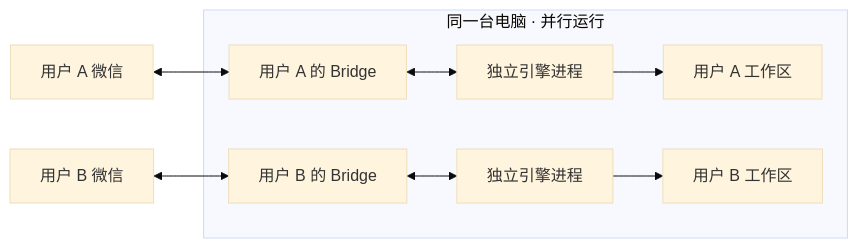
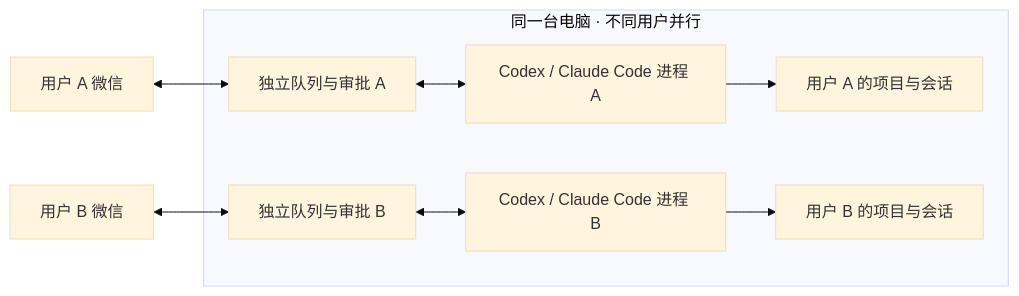
Before and after one commit to zhouqise/wechat-agent-bridge: the diagram in README.md, drawn with Mermaid (base theme). The commit also changed other lines of this file, not shown here.

````diff
--- a/README.md
+++ b/README.md
@@ -172,11 +211,11 @@
 ```mermaid
 flowchart LR
-    subgraph H[同一台电脑 · 并行运行]
-      B1[用户 A 的 Bridge] <--> E1[独立引擎进程]
-      E1 --> P1[用户 A 工作区]
-      B2[用户 B 的 Bridge] <--> E2[独立引擎进程]
-      E2 --> P2[用户 B 工作区]
+    W1[用户 A 微信] <--> B1[独立队列与审批 A]
+    W2[用户 B 微信] <--> B2[独立队列与审批 B]
+    subgraph H[同一台电脑 · 不同用户并行]
+      B1 <--> E1[Codex / Claude Code 进程 A]
+      B2 <--> E2[Codex / Claude Code 进程 B]
+      E1 --> P1[用户 A 的项目与会话]
+      E2 --> P2[用户 B 的项目与会话]
     end
-    W1[用户 A 微信] <--> B1
-    W2[用户 B 微信] <--> B2
 ```
````
